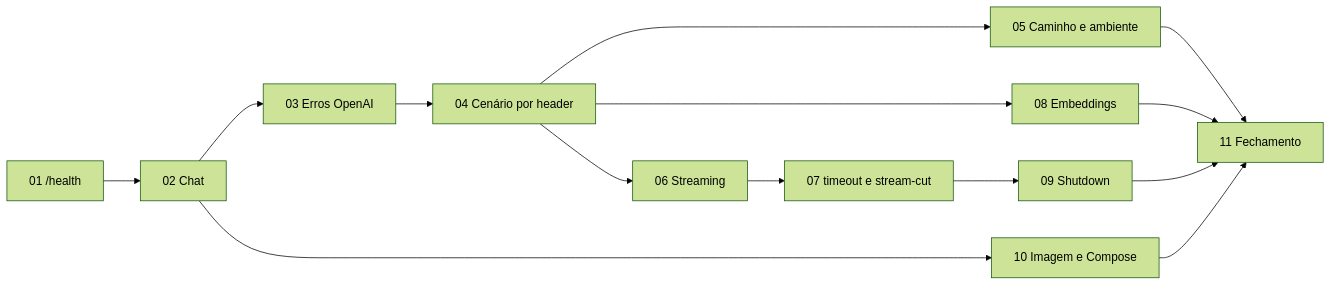
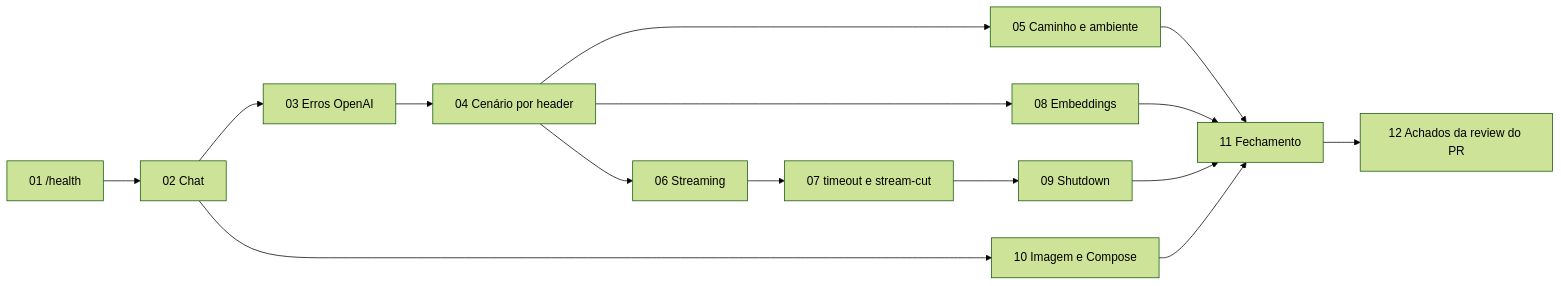
The diagram in docs/specs/e1-provedor-mock/tickets/README.md (GuiMarobo/portunus-gateway), drawn with Mermaid (forest theme) before and after one commit. The commit also changed other lines of this file and 25 other files, not shown here.

````diff
--- a/docs/specs/e1-provedor-mock/tickets/README.md
+++ b/docs/specs/e1-provedor-mock/tickets/README.md
@@ -23,16 +24,17 @@
 ```mermaid
 flowchart LR
     T01[01 /health] --> T02[02 Chat]
     T02 --> T03[03 Erros OpenAI]
     T03 --> T04[04 Cenário por header]
     T04 --> T05[05 Caminho e ambiente]
     T04 --> T06[06 Streaming]
     T06 --> T07[07 timeout e stream-cut]
     T07 --> T09[09 Shutdown]
     T04 --> T08[08 Embeddings]
     T02 --> T10[10 Imagem e Compose]
     T05 --> T11[11 Fechamento]
     T08 --> T11
     T09 --> T11
     T10 --> T11
+    T11 --> T12[12 Achados da review do PR]
 ```
````
